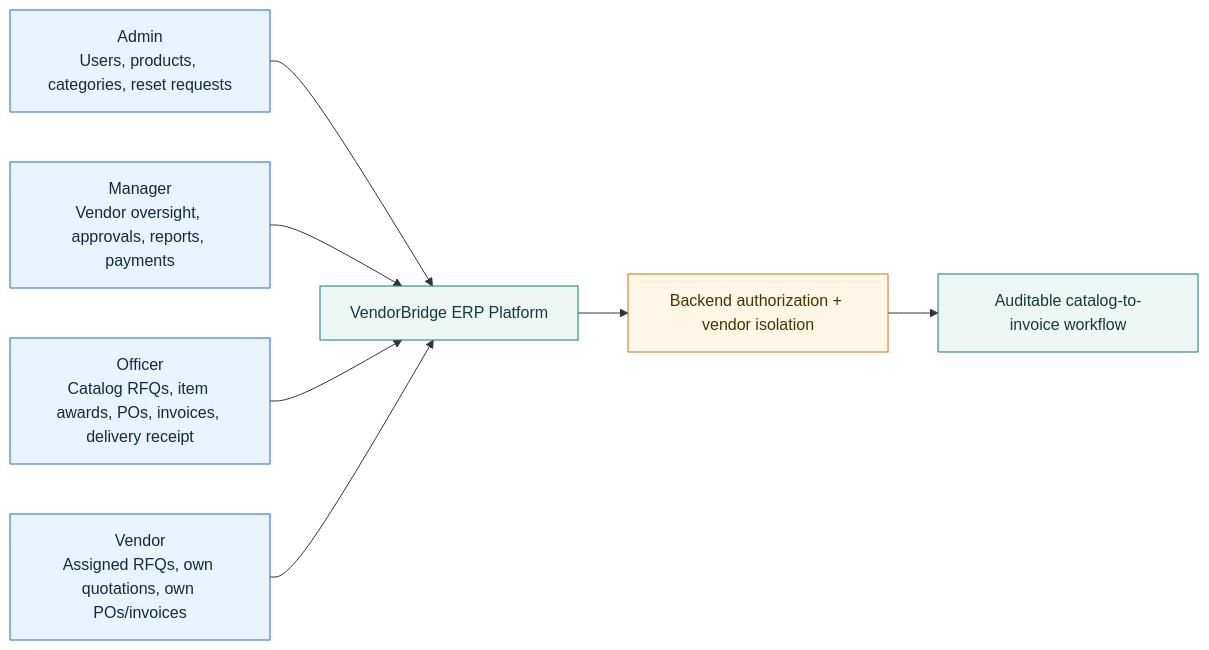
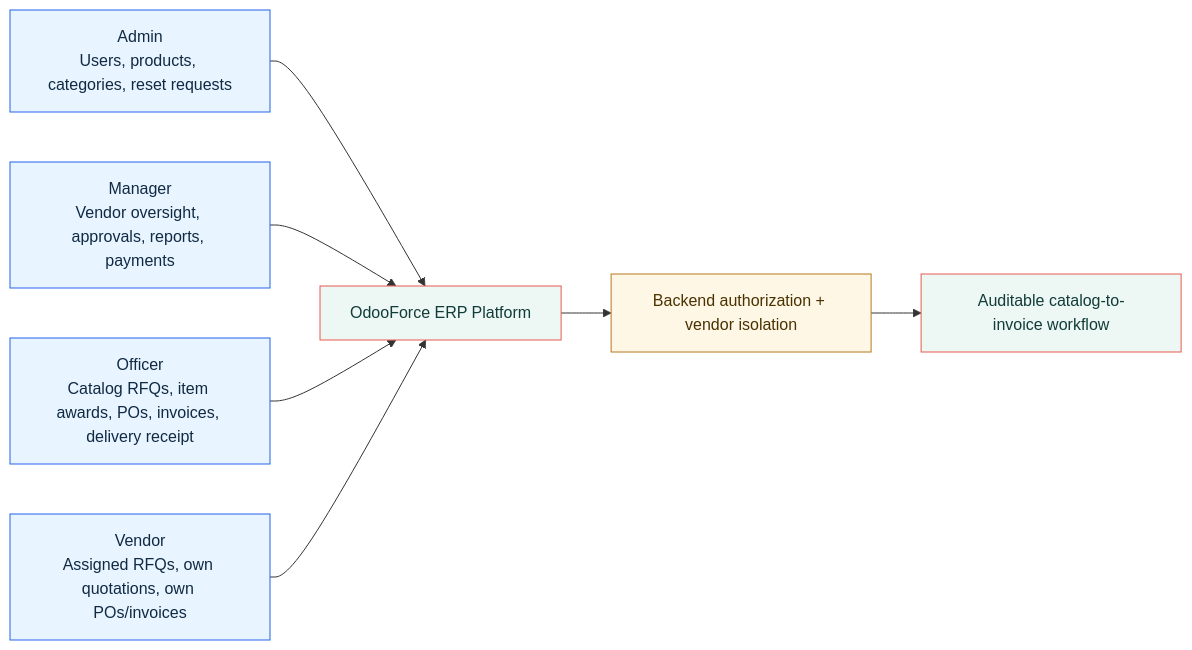
One commit to damameet14/odooForce changed the first of 6 diagrams in TECHNICAL_DIAGRAMS.md. Above: the diagram before and after it, drawn with Mermaid. The commit also changed other lines of this file and 20 other files, not shown here.

````diff
--- a/TECHNICAL_DIAGRAMS.md
+++ b/TECHNICAL_DIAGRAMS.md
@@ -9,17 +9,17 @@
 ```mermaid
 flowchart LR
-  Admin["Admin<br/>Users, products, categories, reset requests"] --> Platform["VendorBridge ERP Platform"]
+  Admin["Admin<br/>Users, products, categories, reset requests"] --> Platform["OdooForce ERP Platform"]
   Manager["Manager<br/>Vendor oversight, approvals, reports, payments"] --> Platform
   Officer["Officer<br/>Catalog RFQs, item awards, POs, invoices, delivery receipt"] --> Platform
   Vendor["Vendor<br/>Assigned RFQs, own quotations, own POs/invoices"] --> Platform
 
   Platform --> Isolation["Backend authorization + vendor isolation"]
   Isolation --> Workflow["Auditable catalog-to-invoice workflow"]
 
   classDef role fill:#e8f4ff,stroke:#2563eb,color:#102a43
-  classDef core fill:#edf7f4,stroke:#167d71,color:#123c3a
+  classDef core fill:#edf7f4,stroke:#e85a4f,color:#123c3a
   classDef guard fill:#fff7e6,stroke:#b7791f,color:#4a3200
   class Admin,Manager,Officer,Vendor role
   class Platform,Workflow core
   class Isolation guard
 ```
````
